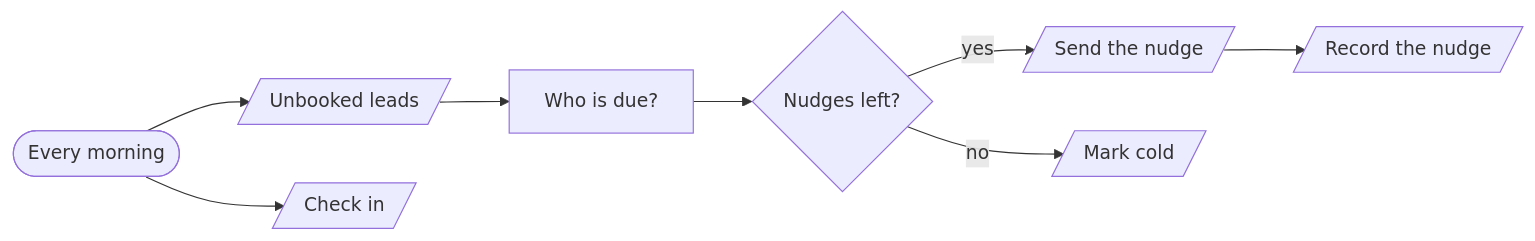
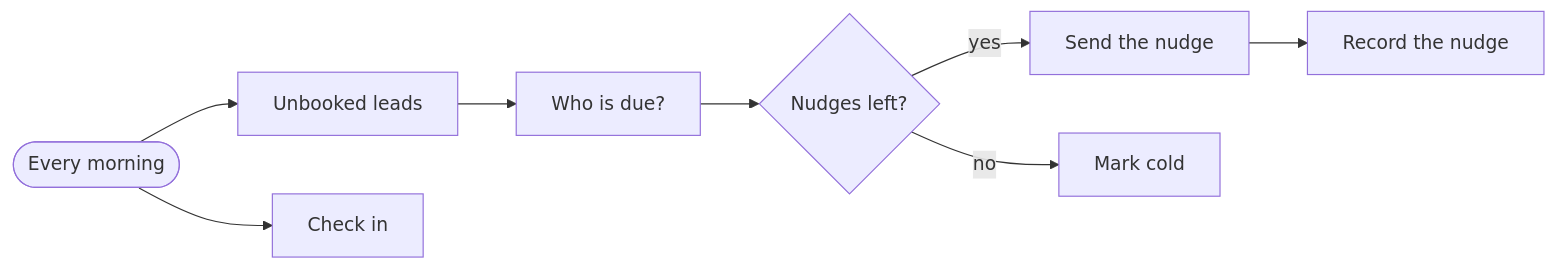
One commit to kimjoshuadr/n8n-workflows changed the second of 3 diagrams in systems/lead-intake/README.md. Above: the diagram before and after it, drawn with Mermaid. The commit also changed other lines of this file and 184 other files, not shown here.

Commit message:
Finish the move to named platforms: blocks, BambooHR, generated README, schema and platform marks

````diff
--- a/systems/lead-intake/README.md
+++ b/systems/lead-intake/README.md
@@ -99,18 +99,18 @@
 ```mermaid
 flowchart LR
   n1r5iigo(["Every morning"])
-  nfjzwzj[/"Unbooked leads"/]
+  nfjzwzj["Unbooked leads"]
   n1kk7fa0["Who is due?"]
   n1xhp9w7{"Nudges left?"}
-  nk5m1h7[/"Send the nudge"/]
-  nkmhosk[/"Record the nudge"/]
-  n1sx1sls[/"Mark cold"/]
-  nuc14dg[/"Check in"/]
+  nk5m1h7["Send the nudge"]
+  nkmhosk["Record the nudge"]
+  n1sx1sls["Mark cold"]
+  nuc14dg["Check in"]
   n1r5iigo --> nfjzwzj
   nfjzwzj --> n1kk7fa0
   n1kk7fa0 --> n1xhp9w7
   n1xhp9w7 -->|yes| nk5m1h7
   nk5m1h7 --> nkmhosk
   n1xhp9w7 -->|no| n1sx1sls
   n1r5iigo --> nuc14dg
 ```
````
